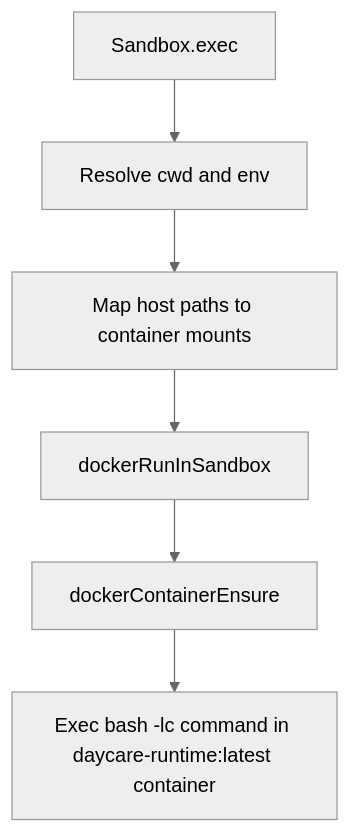
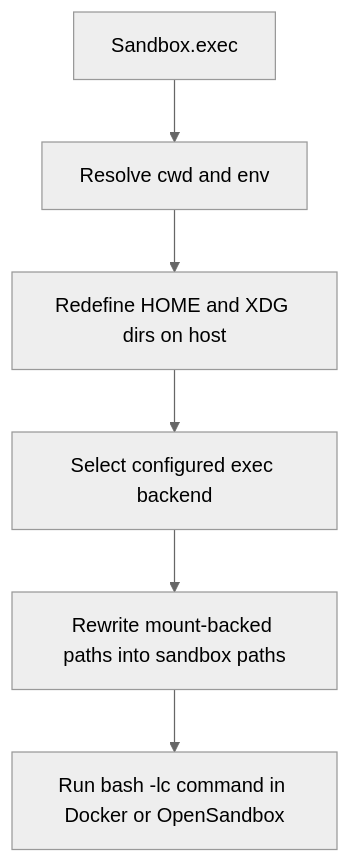
The diagram in packages/daycare/sources/sandbox/README.md (ex3ndr/daycare), drawn with Mermaid (neutral theme) before and after one commit. The commit also changed other lines of this file and 43 other files, not shown here.

Commit message:
feat(daycare): add pluggable sandbox exec backends

````diff
--- a/packages/daycare/sources/sandbox/README.md
+++ b/packages/daycare/sources/sandbox/README.md
@@ -92,8 +95,8 @@
 ```mermaid
 flowchart TD
     A[Sandbox.exec] --> B[Resolve cwd and env]
-    B --> C[Map host paths to container mounts]
-    C --> D[dockerRunInSandbox]
-    D --> E[dockerContainerEnsure]
-    E --> F[Exec bash -lc command in daycare-runtime:latest container]
+    B --> C[Redefine HOME and XDG dirs on host]
+    C --> D[Select configured exec backend]
+    D --> E[Rewrite mount-backed paths into sandbox paths]
+    E --> F[Run bash -lc command in Docker or OpenSandbox]
 ```
````
